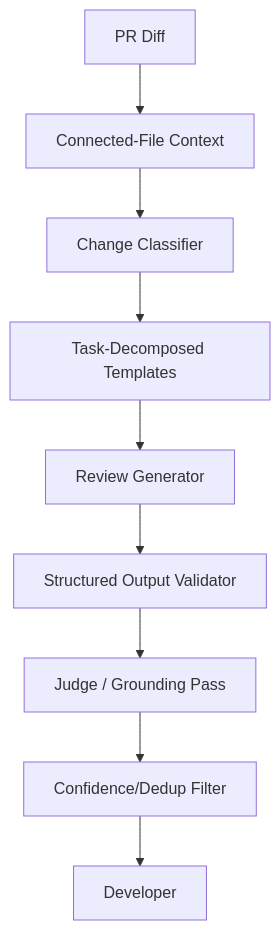
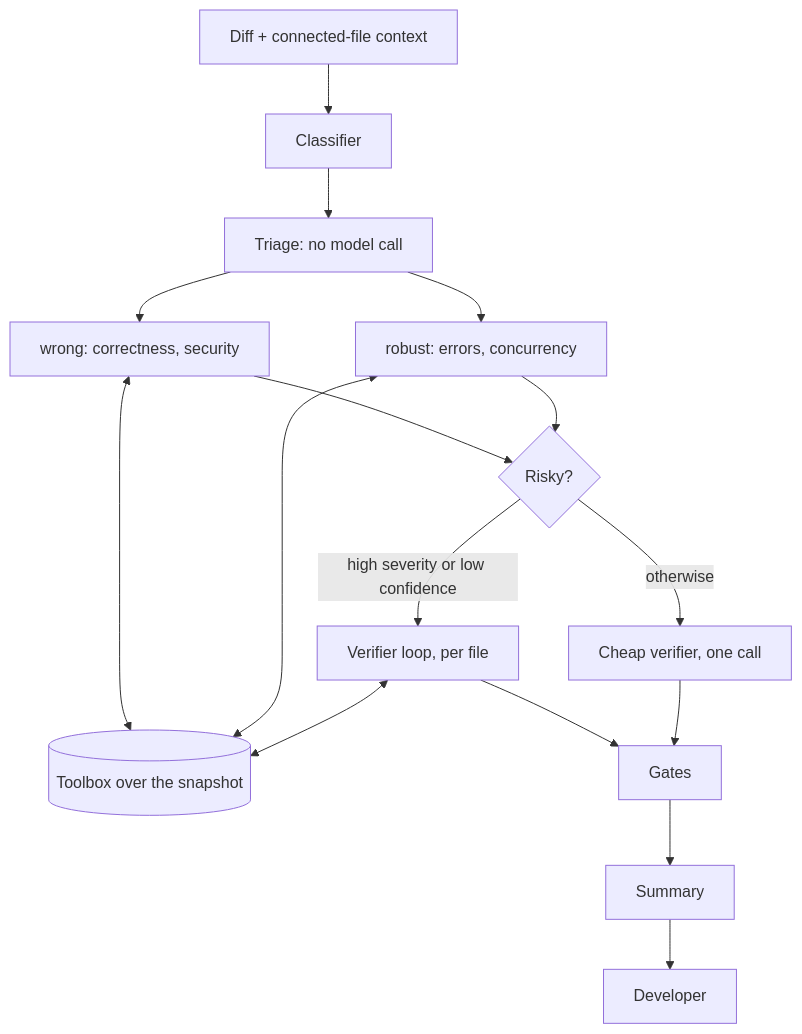
One commit to kaur-devs/PR-Review-Copilot changed the diagram in docs/10_GenAI_Architecture.md. Above: the diagram before and after it, drawn with Mermaid. The commit also changed other lines of this file and 75 other files, not shown here.

Commit message:
feat(agents): per-file fan-out, fresh-context answers, and the fixes five live runs found

````diff
--- a/docs/10_GenAI_Architecture.md
+++ b/docs/10_GenAI_Architecture.md
@@ -10,15 +16,29 @@
 ```mermaid
 flowchart TD
-    DIFF[PR Diff]
-    CTX[Connected-File Context]
-    CLS[Change Classifier]
-    TMPL[Task-Decomposed Templates]
-    GEN[Review Generator]
-    JUDGE[Judge / Grounding Pass]
-    VAL[Structured Output Validator]
-    FILT[Confidence/Dedup Filter]
-    HUMAN[Developer]
+    DIFF[Diff + connected-file context]
+    CLS[Classifier]
+    TRI[Triage: no model call]
+    W[wrong: correctness, security]
+    R[robust: errors, concurrency]
+    TOOLS[(Toolbox over the snapshot)]
+    V{Risky?}
+    AV[Verifier loop, per file]
+    CV[Cheap verifier, one call]
+    G[Gates]
+    S[Summary]
+    H[Developer]
 
-    DIFF --> CTX --> CLS --> TMPL --> GEN
-    GEN --> VAL --> JUDGE --> FILT --> HUMAN
+    DIFF --> CLS --> TRI
+    TRI --> W
+    TRI --> R
+    W <--> TOOLS
+    R <--> TOOLS
+    W --> V
+    R --> V
+    V -->|high severity or low confidence| AV
+    V -->|otherwise| CV
+    AV <--> TOOLS
+    AV --> G
+    CV --> G
+    G --> S --> H
 ```
````
